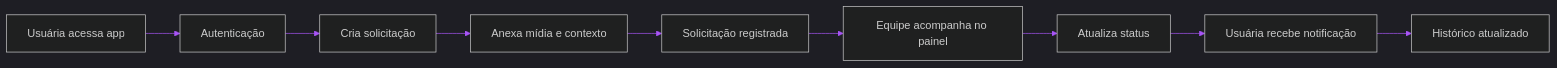
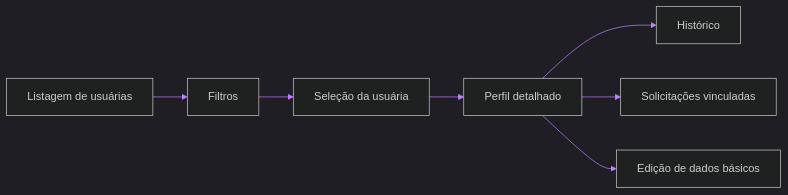
The sixth of 11 diagrams in Terra Conecta — Proposta Institucional, Comercial e Técnica.md (NickDevHolz/Terra-Conecta), drawn with Mermaid before and after one commit. The commit also changed other lines of this file, not shown here.

````diff
--- a/Terra Conecta — Proposta Institucional, Comercial e Técnica.md
+++ b/Terra Conecta — Proposta Institucional, Comercial e Técnica.md
@@ -549,22 +476,20 @@
 ```mermaid
 %%{init: {
 'theme':'dark',
 'themeVariables':{
 'background':'#020617',
 'primaryColor':'#22d3ee',
 'primaryTextColor':'#f8fafc',
 'primaryBorderColor':'#39ff14',
-'lineColor':'#a855f7',
+'lineColor':'#c084fc',
 'secondaryColor':'#0f172a',
 'tertiaryColor':'#111827'
 }}}%%
 flowchart LR
-A[Usuária acessa app] --> B[Autenticação]
-B --> C[Cria solicitação]
-C --> D[Anexa mídia e contexto]
-D --> E[Solicitação registrada]
-E --> F[Equipe acompanha no painel]
-F --> G[Atualiza status]
-G --> H[Usuária recebe notificação]
-H --> I[Histórico atualizado]
+A[Listagem de usuárias] --> B[Filtros]
+B --> C[Seleção da usuária]
+C --> D[Perfil detalhado]
+D --> E[Histórico]
+D --> F[Solicitações vinculadas]
+D --> G[Edição de dados básicos]
 ```
````
